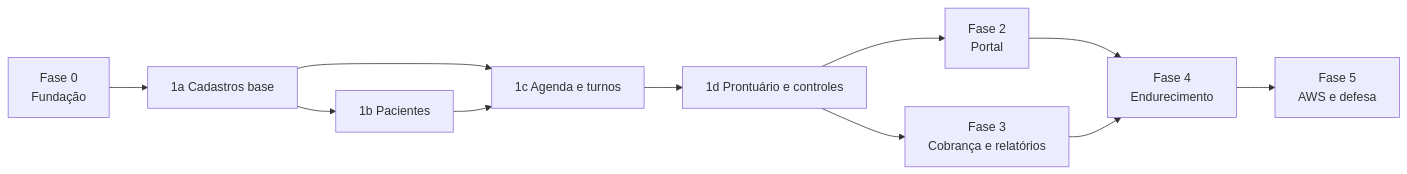
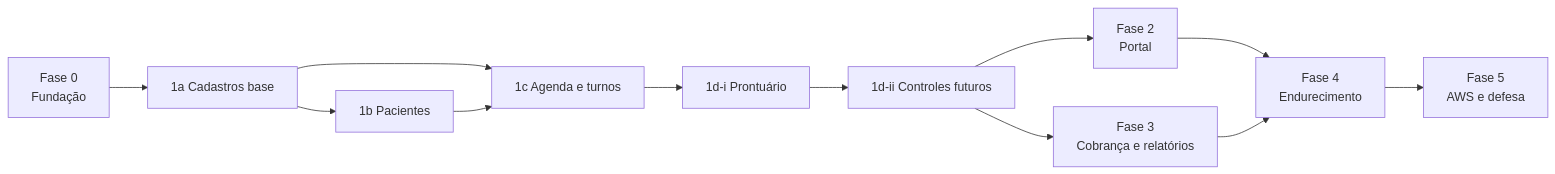
One commit to JLeoFP/Medical-Clinic-Management changed diagram 11 of 11 in docs/tdd/TDD-001-plataforma-gestao-clinica.md. Above: the diagram before and after it, drawn with Mermaid. The commit also changed other lines of this file, not shown here.

Commit message:
docs(tdd): divide o incremento 1d e cataloga os códigos de erro da Fase 1

````diff
--- a/docs/tdd/TDD-001-plataforma-gestao-clinica.md
+++ b/docs/tdd/TDD-001-plataforma-gestao-clinica.md
@@ -1892,13 +1919,14 @@
 ```mermaid
 flowchart LR
   F0[Fase 0<br/>Fundação] --> F1a[1a Cadastros base]
   F1a --> F1b[1b Pacientes]
   F1a --> F1c[1c Agenda e turnos]
   F1b --> F1c
-  F1c --> F1d[1d Prontuário e controles]
-  F1d --> F2[Fase 2<br/>Portal]
-  F1d --> F3[Fase 3<br/>Cobrança e relatórios]
+  F1c --> F1d[1d-i Prontuário]
+  F1d --> F1e[1d-ii Controles futuros]
+  F1e --> F2[Fase 2<br/>Portal]
+  F1e --> F3[Fase 3<br/>Cobrança e relatórios]
   F2 --> F4[Fase 4<br/>Endurecimento]
   F3 --> F4
   F4 --> F5[Fase 5<br/>AWS e defesa]
 ```
````
